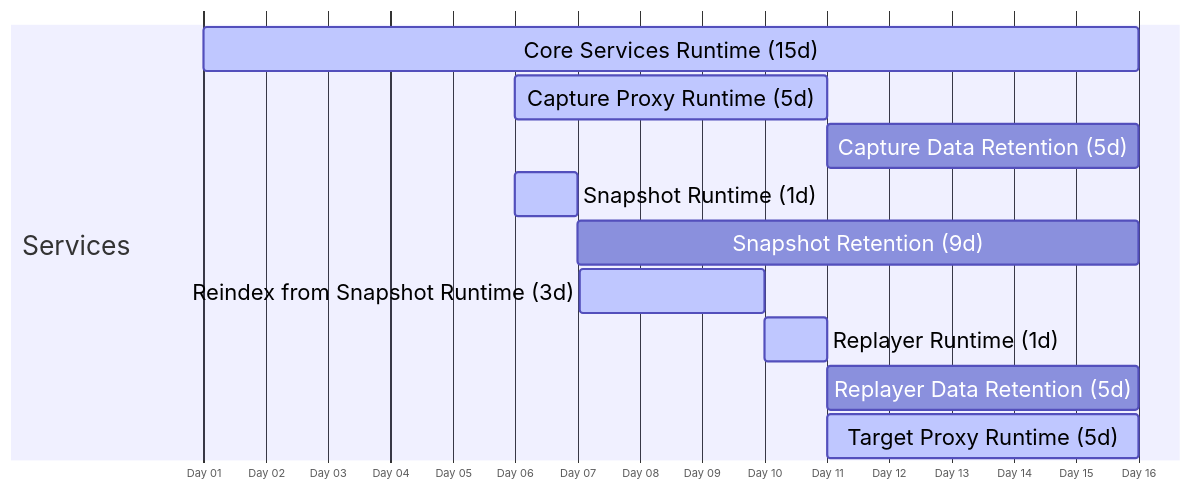
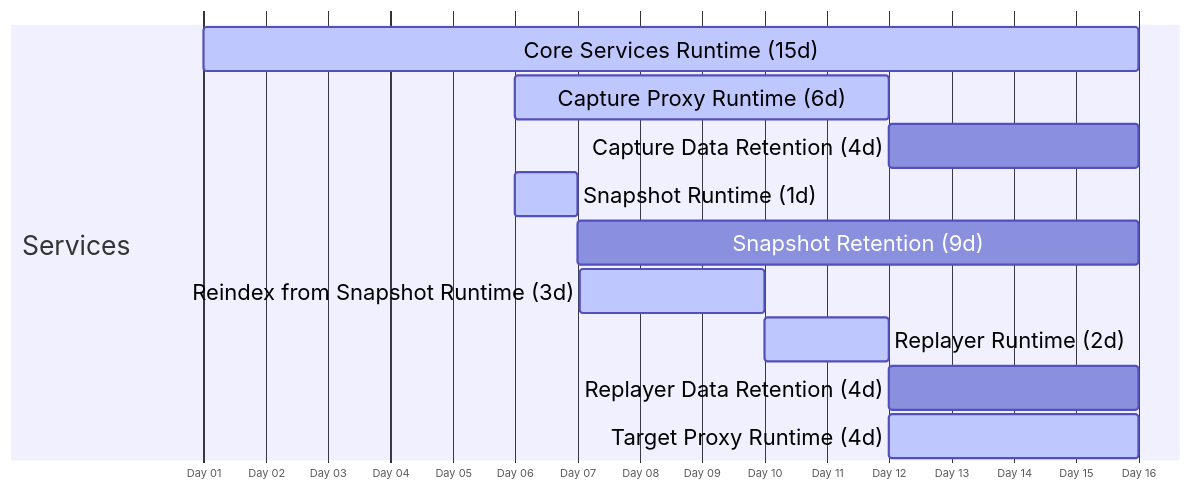
The second of 2 diagrams in docs/MigrationTimeline.md (opensearch-project/opensearch-migrations), drawn with Mermaid before and after one commit. The commit also changed other lines of this file, not shown here.

Commit message:
Update Migration Timeline based on feedback

````diff
--- a/docs/MigrationTimeline.md
+++ b/docs/MigrationTimeline.md
@@ -62,28 +68,28 @@
 ```mermaid
 %%{
   init: {
     "gantt": {
         "fontSize": 20,
         "barHeight": 40,
         "sectionFontSize": 24,
         "leftPadding": 175
     }
   }
 }%%
 gantt
     dateFormat D HH
     axisFormat Day %d
     todayMarker off
     tickInterval 1day
 
     section Services
     Core Services Runtime (15d) : active, 1 00, 15d
-    Capture Proxy Runtime (5d) : active, capture_active, 6 00, 5d
-    Capture Data Retention (5d) : after capture_active, 5d
+    Capture Proxy Runtime (6d) : active, capture_active, 6 00, 6d
+    Capture Data Retention (4d) : after capture_active, 4d
     Snapshot Runtime (1d) : active, snapshot_active, 6 00, 1d
     Snapshot Retention (9d) : after snapshot_active, 9d
     Reindex from Snapshot Runtime (3d) : active, historic_active, 7 01, 71h
-    Replayer Runtime (1d) : active, replayer_active, after historic_active, 1d
-    Replayer Data Retention (5d) : after replayer_active, 5d
-    Target Proxy Runtime (5d) : active, after replayer_active, 5d
+    Replayer Runtime (2d) : active, replayer_active, after historic_active, 2d
+    Replayer Data Retention (4d) : after replayer_active, 4d
+    Target Proxy Runtime (4d) : active, after replayer_active, 4d
 ```
````
